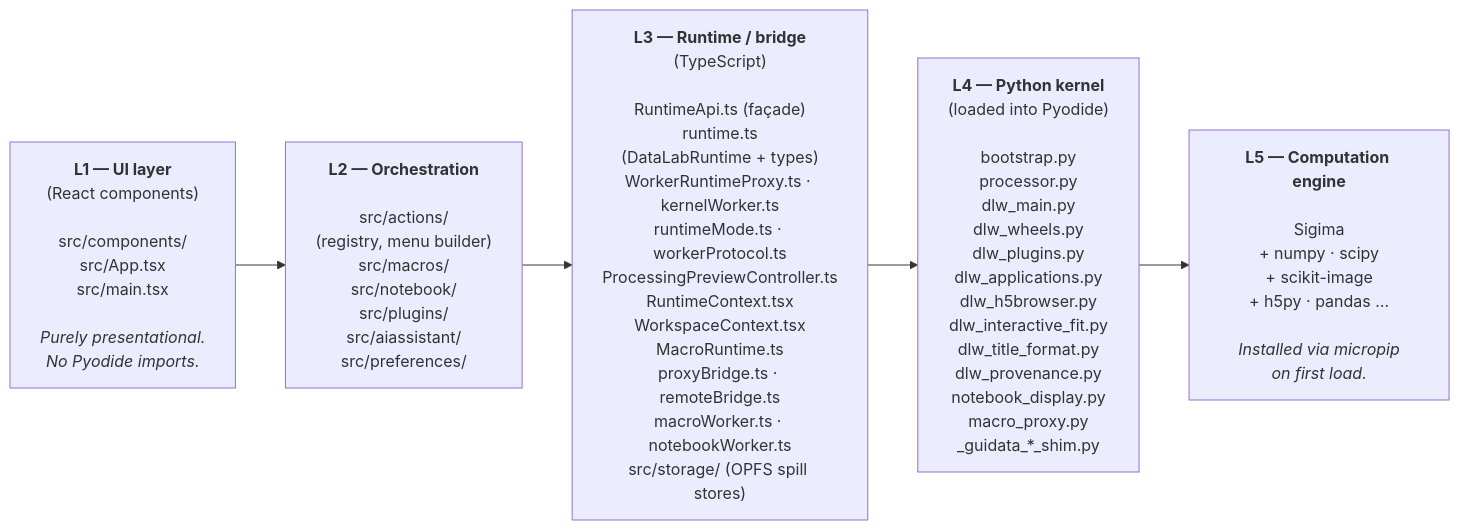
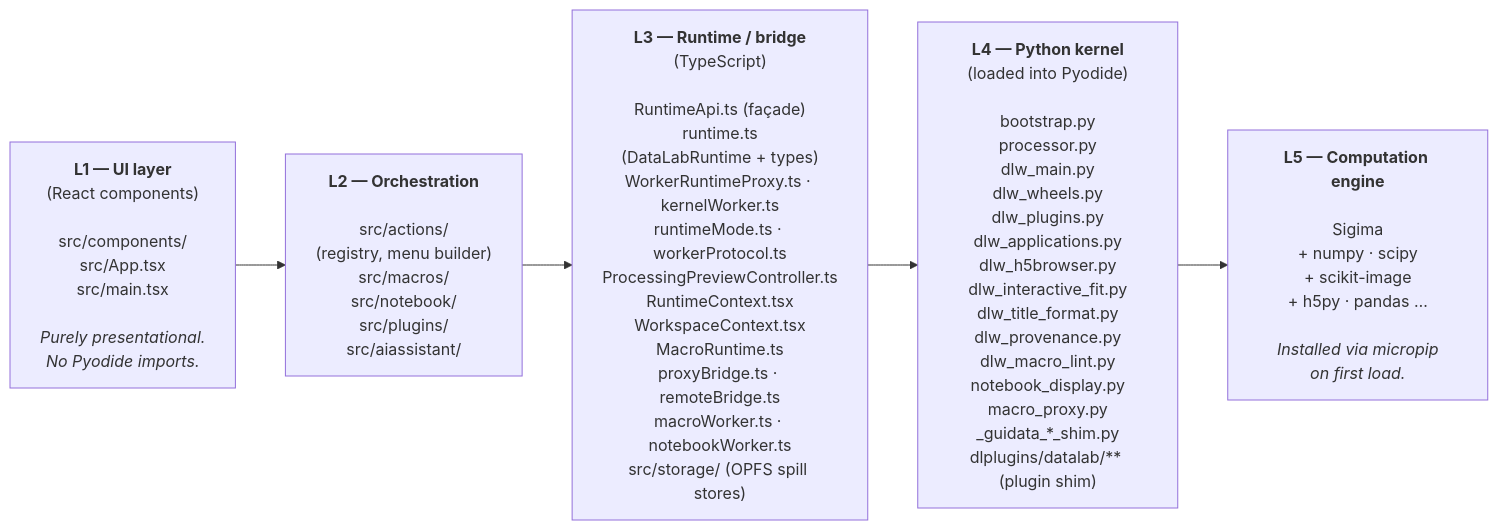
One commit to DataLab-Platform/web changed the second of 8 diagrams in doc/architecture.md. Above: the diagram before and after it, drawn with Mermaid. The commit also changed other lines of this file and 27 other files, not shown here.

````diff
--- a/doc/architecture.md
+++ b/doc/architecture.md
@@ -88,10 +87,10 @@
 ```mermaid
 flowchart LR
     L1["<b>L1 — UI layer</b><br/>(React components)<br/><br/>src/components/<br/>src/App.tsx<br/>src/main.tsx<br/><br/><i>Purely presentational.<br/>No Pyodide imports.</i>"]
-    L2["<b>L2 — Orchestration</b><br/><br/>src/actions/<br/>(registry, menu builder)<br/>src/macros/<br/>src/notebook/<br/>src/plugins/<br/>src/aiassistant/<br/>src/preferences/"]
+    L2["<b>L2 — Orchestration</b><br/><br/>src/actions/<br/>(registry, menu builder)<br/>src/macros/<br/>src/notebook/<br/>src/plugins/<br/>src/aiassistant/"]
     L3["<b>L3 — Runtime / bridge</b><br/>(TypeScript)<br/><br/>RuntimeApi.ts (façade)<br/>runtime.ts<br/>(DataLabRuntime + types)<br/>WorkerRuntimeProxy.ts · kernelWorker.ts<br/>runtimeMode.ts · workerProtocol.ts<br/>ProcessingPreviewController.ts<br/>RuntimeContext.tsx<br/>WorkspaceContext.tsx<br/>MacroRuntime.ts<br/>proxyBridge.ts · remoteBridge.ts<br/>macroWorker.ts · notebookWorker.ts<br/>src/storage/ (OPFS spill stores)"]
-    L4["<b>L4 — Python kernel</b><br/>(loaded into Pyodide)<br/><br/>bootstrap.py<br/>processor.py<br/>dlw_main.py<br/>dlw_wheels.py<br/>dlw_plugins.py<br/>dlw_applications.py<br/>dlw_h5browser.py<br/>dlw_interactive_fit.py<br/>dlw_title_format.py<br/>dlw_provenance.py<br/>notebook_display.py<br/>macro_proxy.py<br/>_guidata_*_shim.py"]
+    L4["<b>L4 — Python kernel</b><br/>(loaded into Pyodide)<br/><br/>bootstrap.py<br/>processor.py<br/>dlw_main.py<br/>dlw_wheels.py<br/>dlw_plugins.py<br/>dlw_applications.py<br/>dlw_h5browser.py<br/>dlw_interactive_fit.py<br/>dlw_title_format.py<br/>dlw_provenance.py<br/>dlw_macro_lint.py<br/>notebook_display.py<br/>macro_proxy.py<br/>_guidata_*_shim.py<br/>dlplugins/datalab/** (plugin shim)"]
     L5["<b>L5 — Computation engine</b><br/><br/>Sigima<br/>+ numpy · scipy<br/>+ scikit-image<br/>+ h5py · pandas …<br/><br/><i>Installed via micropip<br/>on first load.</i>"]
 
     L1 --> L2 --> L3 --> L4 --> L5
 ```
````
